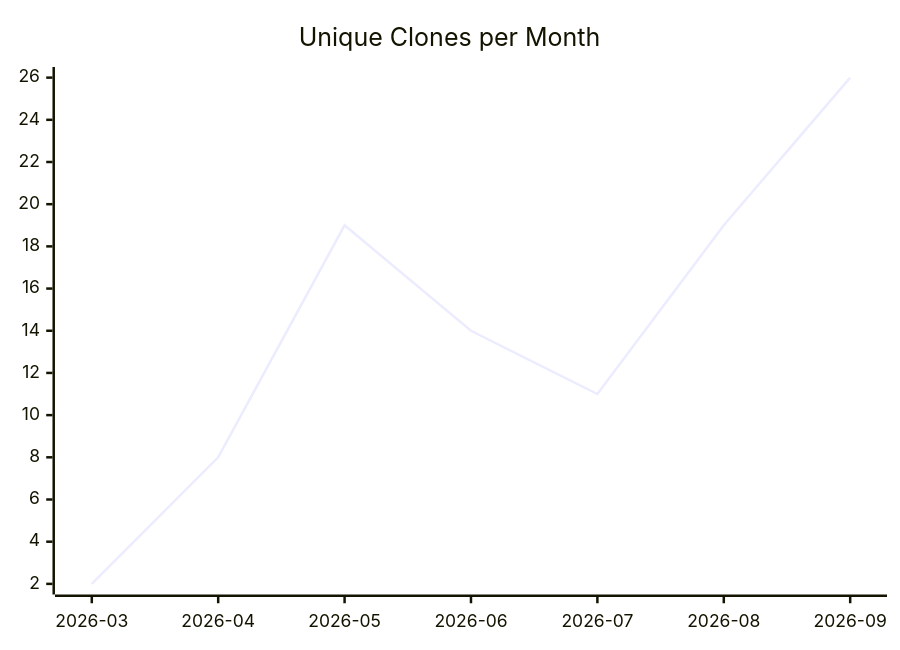
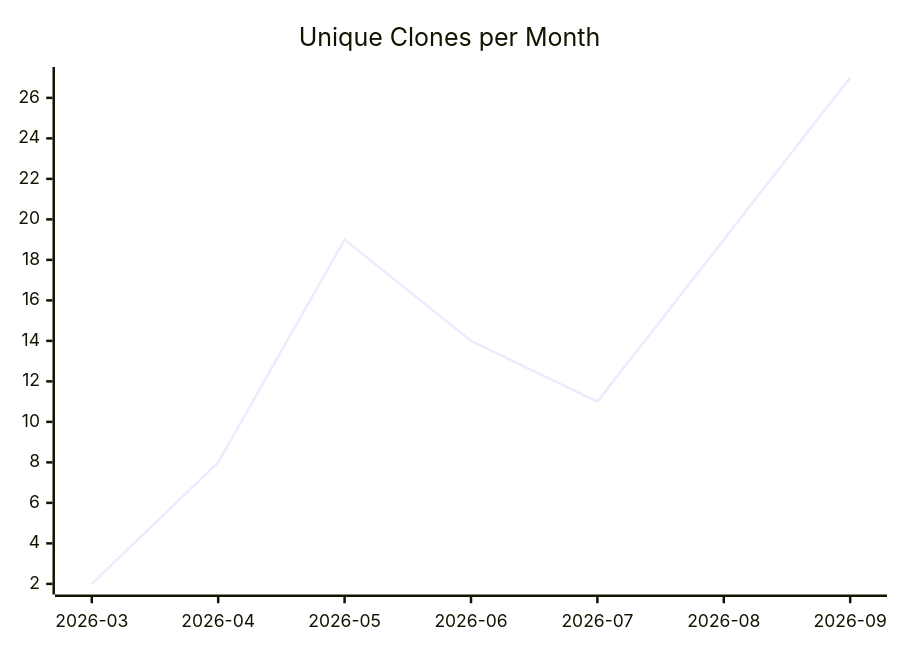
One commit to justdavis-family/github-analytics-data changed the third of 3 diagrams in karlmdavis/rps-tourney/README.md. Above: the diagram before and after it, drawn with Mermaid. The commit also changed other lines of this file and 200 other files, not shown here.

````diff
--- a/karlmdavis/rps-tourney/README.md
+++ b/karlmdavis/rps-tourney/README.md
@@ -19,6 +19,6 @@
 ```mermaid
 xychart-beta
   title "Unique Clones per Month"
   x-axis ["2026-03", "2026-04", "2026-05", "2026-06", "2026-07", "2026-08", "2026-09"]
-  line [2, 8, 19, 14, 11, 19, 26]
+  line [2, 8, 19, 14, 11, 19, 27]
 ```
````
